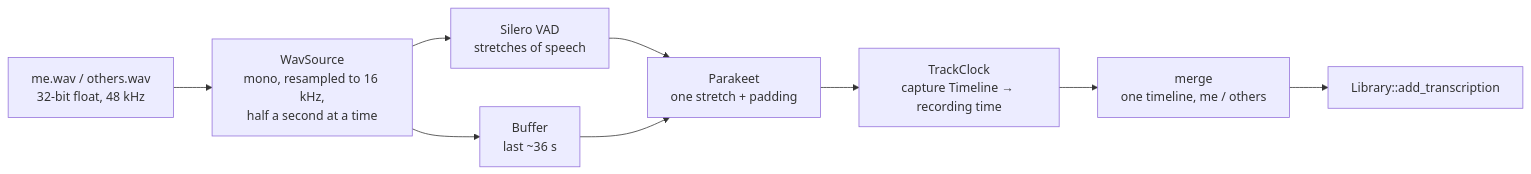
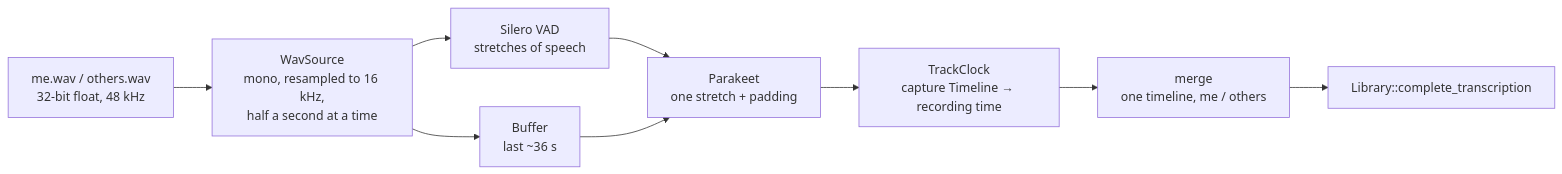
The diagram in docs/architecture/transcription.md (lorenzotricaricoo/Trama), drawn with Mermaid before and after one commit. The commit also changed other lines of this file and 1 other file, not shown here.

Commit message:
docs: describe atomic transcripts, trashed meetings and linked-library checks

````diff
--- a/docs/architecture/transcription.md
+++ b/docs/architecture/transcription.md
@@ -37,11 +37,11 @@
 ```mermaid
 flowchart LR
     WAV["me.wav / others.wav<br/>32-bit float, 48 kHz"] --> SRC["WavSource<br/>mono, resampled to 16 kHz,<br/>half a second at a time"]
     SRC --> VAD["Silero VAD<br/>stretches of speech"]
     SRC --> BUF["Buffer<br/>last ~36 s"]
     VAD --> DEC["Parakeet<br/>one stretch + padding"]
     BUF --> DEC
     DEC --> CLK["TrackClock<br/>capture Timeline → recording time"]
     CLK --> MERGE["merge<br/>one timeline, me / others"]
-    MERGE --> DB["Library::add_transcription"]
+    MERGE --> DB["Library::complete_transcription"]
 ```
````
